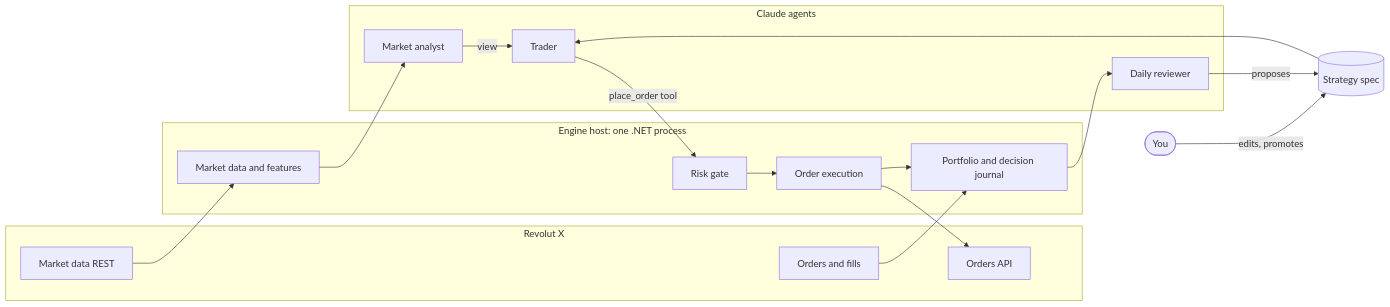
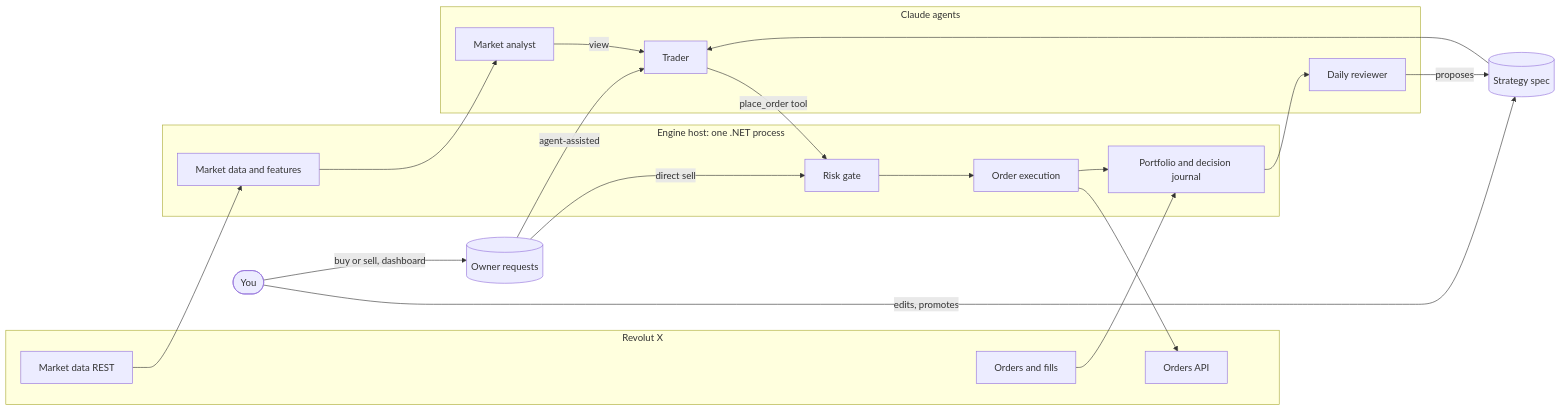
Before and after one commit to andreykukalev/cix: the diagram in docs/architecture.md, drawn with Mermaid. The commit also changed other lines of this file and 32 other files, not shown here.

````diff
--- a/docs/architecture.md
+++ b/docs/architecture.md
@@ -16,29 +16,33 @@
 ```mermaid
 flowchart LR
     subgraph RX[Revolut X]
         MD[Market data REST]
         OA[Orders API]
         OF[Orders and fills]
     end
     subgraph HOST[Engine host: one .NET process]
         F[Market data and features]
         RG[Risk gate]
         EX[Order execution]
         J[Portfolio and decision journal]
     end
     subgraph AG[Claude agents]
         AN[Market analyst]
         TR[Trader]
         RV[Daily reviewer]
     end
     SP[(Strategy spec)]
     YOU([You])
+    RQ[(Owner requests)]
 
     MD --> F --> AN -->|view| TR
     TR -->|place_order tool| RG --> EX --> OA
     OF --> J
     EX --> J
     J --> RV -->|proposes| SP
     YOU -->|edits, promotes| SP
     SP --> TR
+    YOU -->|buy or sell, dashboard| RQ
+    RQ -->|direct sell| RG
+    RQ -->|agent-assisted| TR
 ```
````
